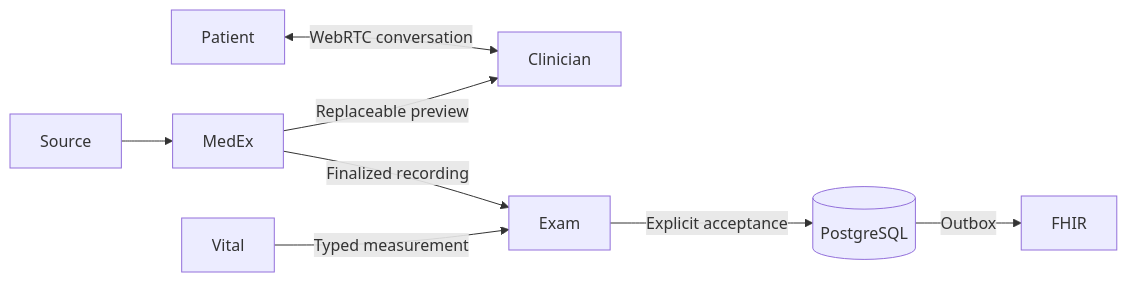
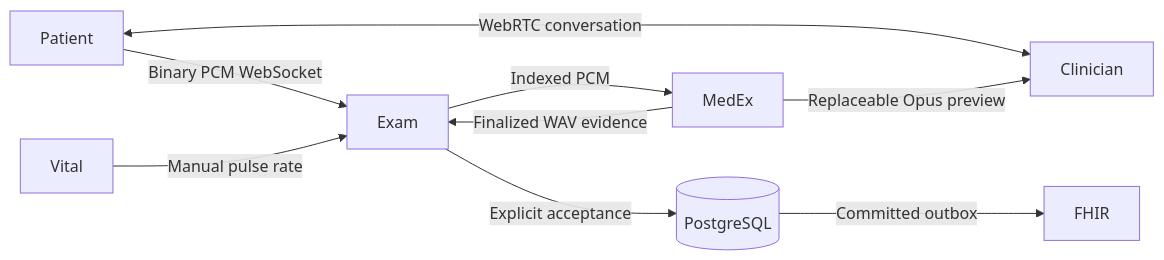
The diagram in guides/architecture_and_roadmap.md (nshkrdotcom/med_fabric), drawn with Mermaid before and after one commit. The commit also changed other lines of this file and 3 other files, not shown here.

Commit message:
Expand Med Fabric README, architecture and release guides, and FhirClient docs

````diff
--- a/guides/architecture_and_roadmap.md
+++ b/guides/architecture_and_roadmap.md
@@ -9,10 +23,11 @@
 ```mermaid
 flowchart LR
   Patient <-->|WebRTC conversation| Clinician
-  Source --> MedEx
-  MedEx -->|Replaceable preview| Clinician
-  MedEx -->|Finalized recording| Exam
-  Vital -->|Typed measurement| Exam
+  Patient -->|Binary PCM WebSocket| Exam
+  Exam -->|Indexed PCM| MedEx
+  MedEx -->|Replaceable Opus preview| Clinician
+  MedEx -->|Finalized WAV evidence| Exam
+  Vital -->|Manual pulse rate| Exam
   Exam -->|Explicit acceptance| Store[(PostgreSQL)]
-  Store -->|Outbox| FHIR
+  Store -->|Committed outbox| FHIR
 ```
````
